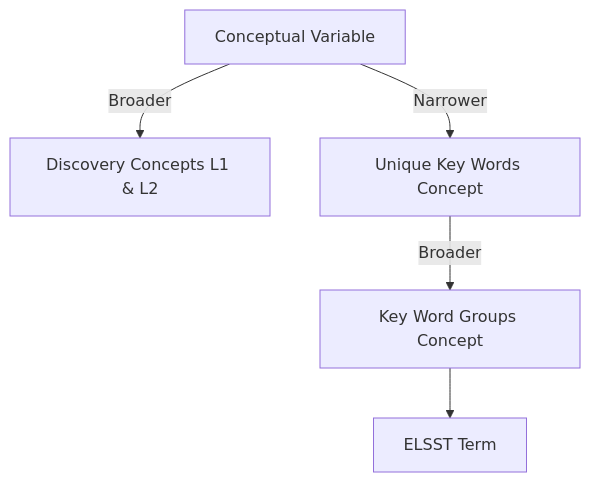
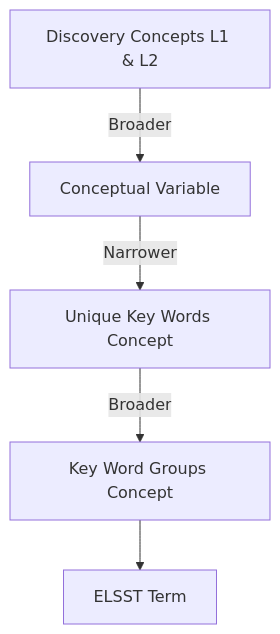
The third of 4 diagrams in README.md (CLOSER-Cohorts/closer-vocabulary-2026), drawn with Mermaid before and after one commit.

Commit message:
Fix flowchart direction in README.md

````diff
--- a/README.md
+++ b/README.md
@@ -86,10 +86,10 @@
 ``` mermaid
 
 flowchart TD
 
- CV[Conceptual Variable] -- "Broader" --> Concepts[Discovery Concepts L1 & L2]
+ Concepts[Discovery Concepts L1 & L2] -- "Broader" --> CV[Conceptual Variable]  
  CV -- "Narrower" --> KWP[Unique Key Words Concept]
  KWP -- "Broader" --> KWPG[Key Word Groups Concept]
  KWPG --> ELSST[ELSST Term]
 
 ```
````
